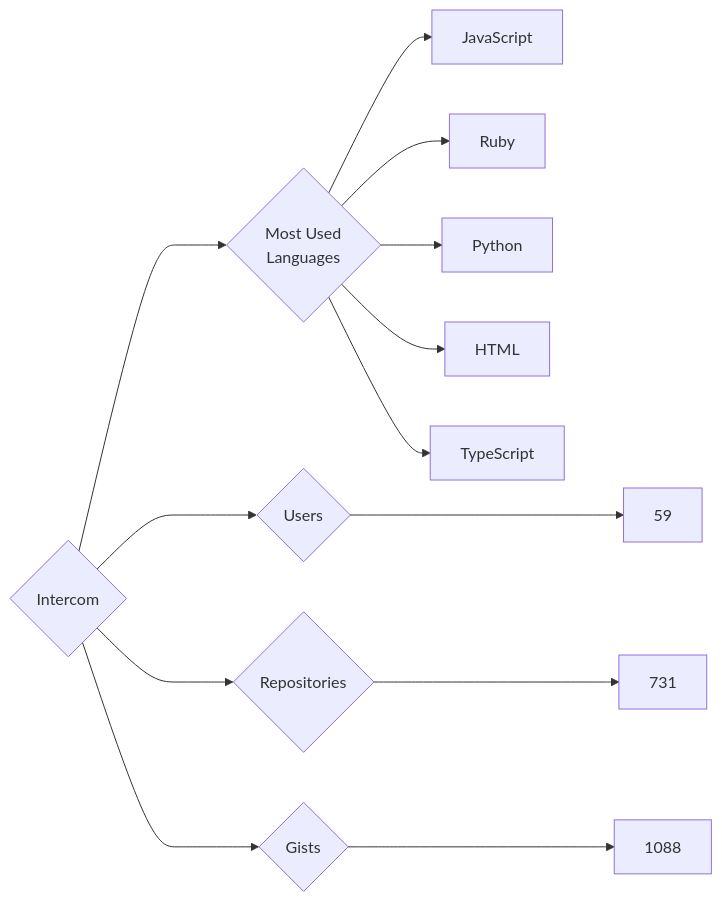
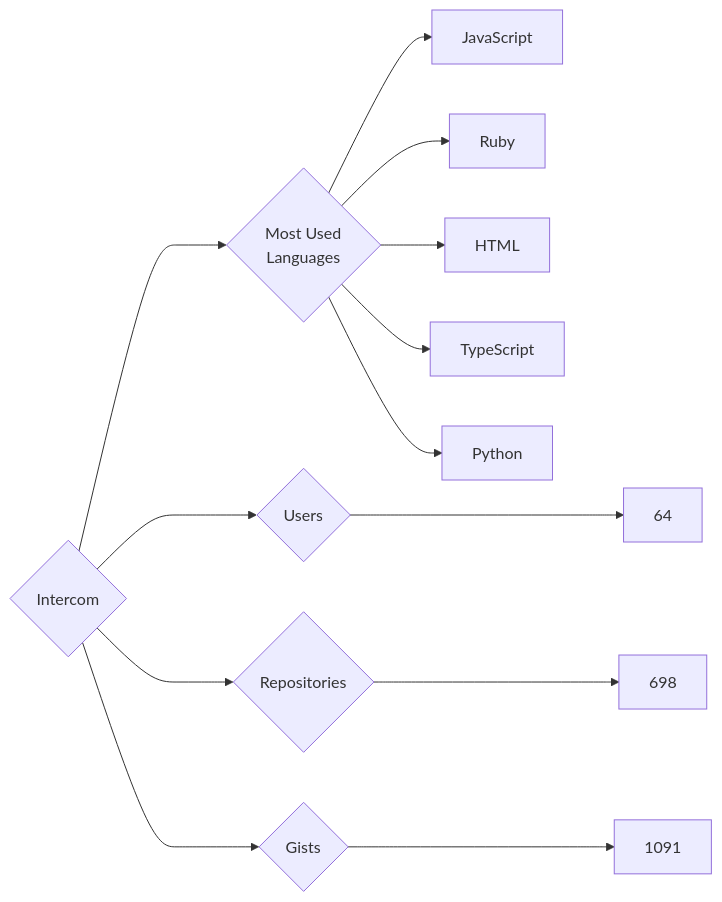
The diagram in targets/Intercom/README.md (trickest/insiders), drawn with Mermaid before and after one commit. The commit also changed 826 other files, not shown here.

````diff
--- a/targets/Intercom/README.md
+++ b/targets/Intercom/README.md
@@ -3,13 +3,13 @@
 ```mermaid
 graph LR
 COMPANY_NAME{Intercom}
-COMPANY_NAME ---> U{Users} ---> UN[59]
-COMPANY_NAME ---> R{Repositories} ---> RN[731]
-COMPANY_NAME ---> G{Gists} ---> GN[1088]
+COMPANY_NAME ---> U{Users} ---> UN[64]
+COMPANY_NAME ---> R{Repositories} ---> RN[698]
+COMPANY_NAME ---> G{Gists} ---> GN[1091]
 COMPANY_NAME ---> ML{Most Used<br>Languages}
 ML --> JavaScript[JavaScript]
 ML --> Ruby[Ruby]
-ML --> Python[Python]
 ML --> HTML[HTML]
 ML --> TypeScript[TypeScript]
+ML --> Python[Python]
 ```
````
